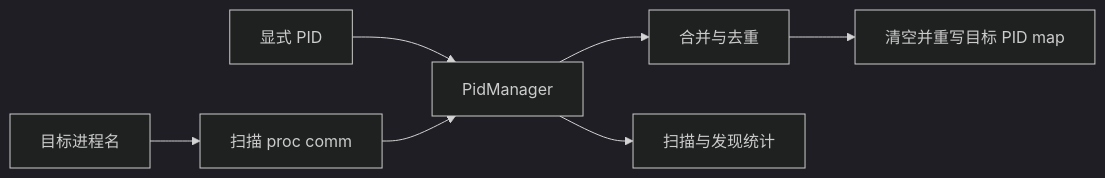
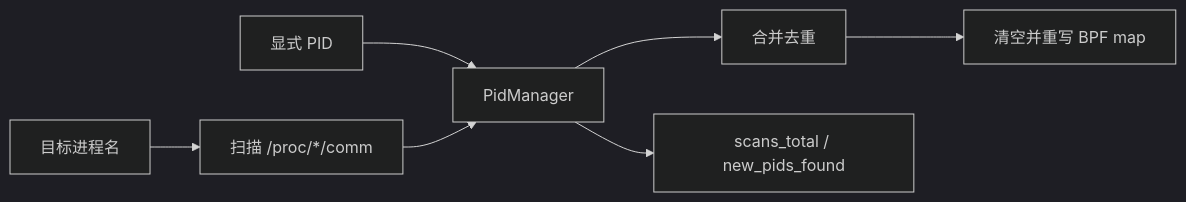
Before and after one commit to Franch-Toast/Scriptorium: the fourth of 4 diagrams in docs/document/撰修司/illuminator性能监控平台/设计方案/06-scheduling-and-observability.md, drawn with Mermaid (dark theme). The commit also changed other lines of this file and 20 other files, not shown here.

````diff
--- a/docs/document/撰修司/illuminator性能监控平台/设计方案/06-scheduling-and-observability.md
+++ b/docs/document/撰修司/illuminator性能监控平台/设计方案/06-scheduling-and-observability.md
@@ -151,10 +207,10 @@
 ```mermaid
 %%{init: {"flowchart":{"useMaxWidth":false,"htmlLabels":false}}}%%
 flowchart LR
-    P[显式 PID] --> M[PidManager]
-    N[目标进程名] --> SC[扫描 proc comm]
+    P["显式 PID"] --> M["PidManager"]
+    N["目标进程名"] --> SC["扫描 /proc/*/comm"]
     SC --> M
-    M --> A[合并与去重]
-    A --> B[清空并重写目标 PID map]
-    M --> ST[扫描与发现统计]
+    M --> A["合并去重"]
+    A --> B["清空并重写 BPF map"]
+    M --> ST["scans_total / new_pids_found"]
 ```
````
